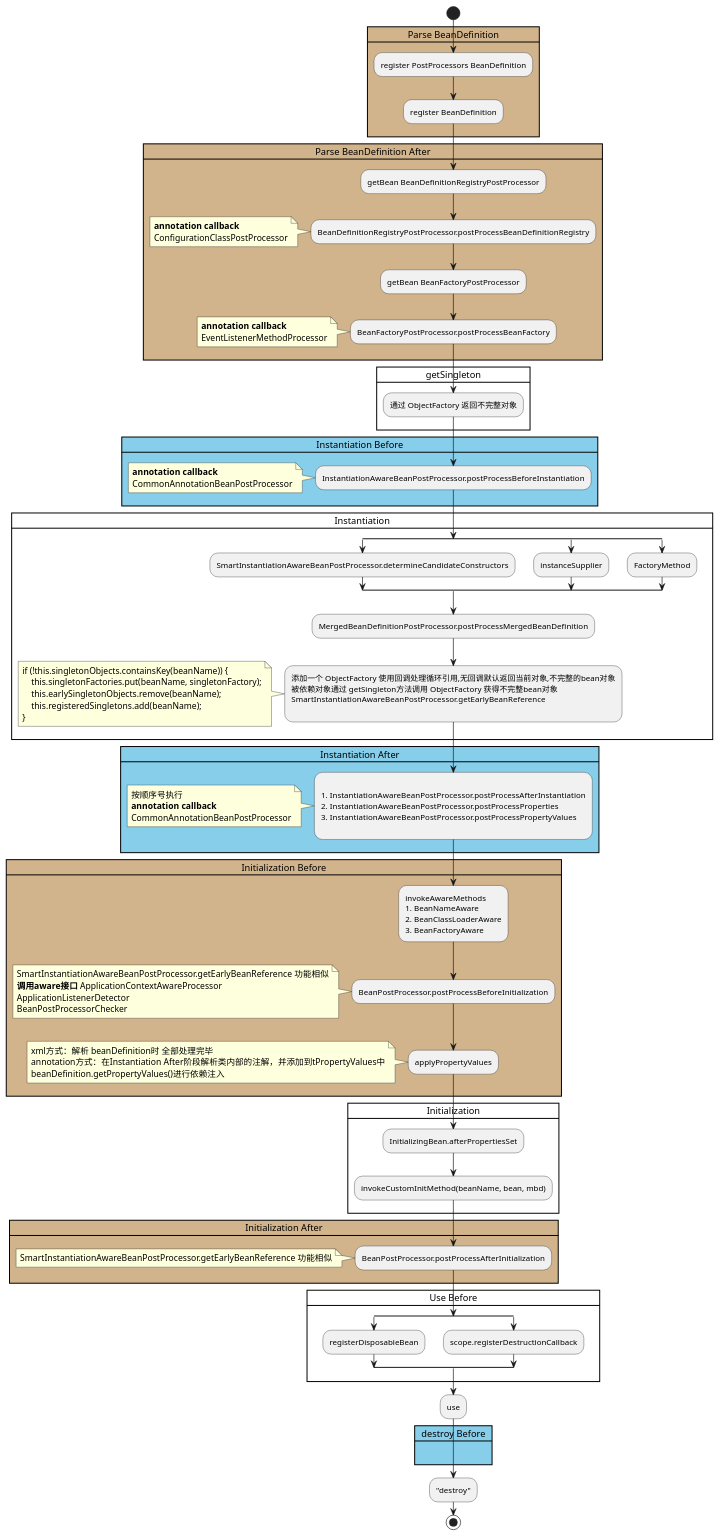
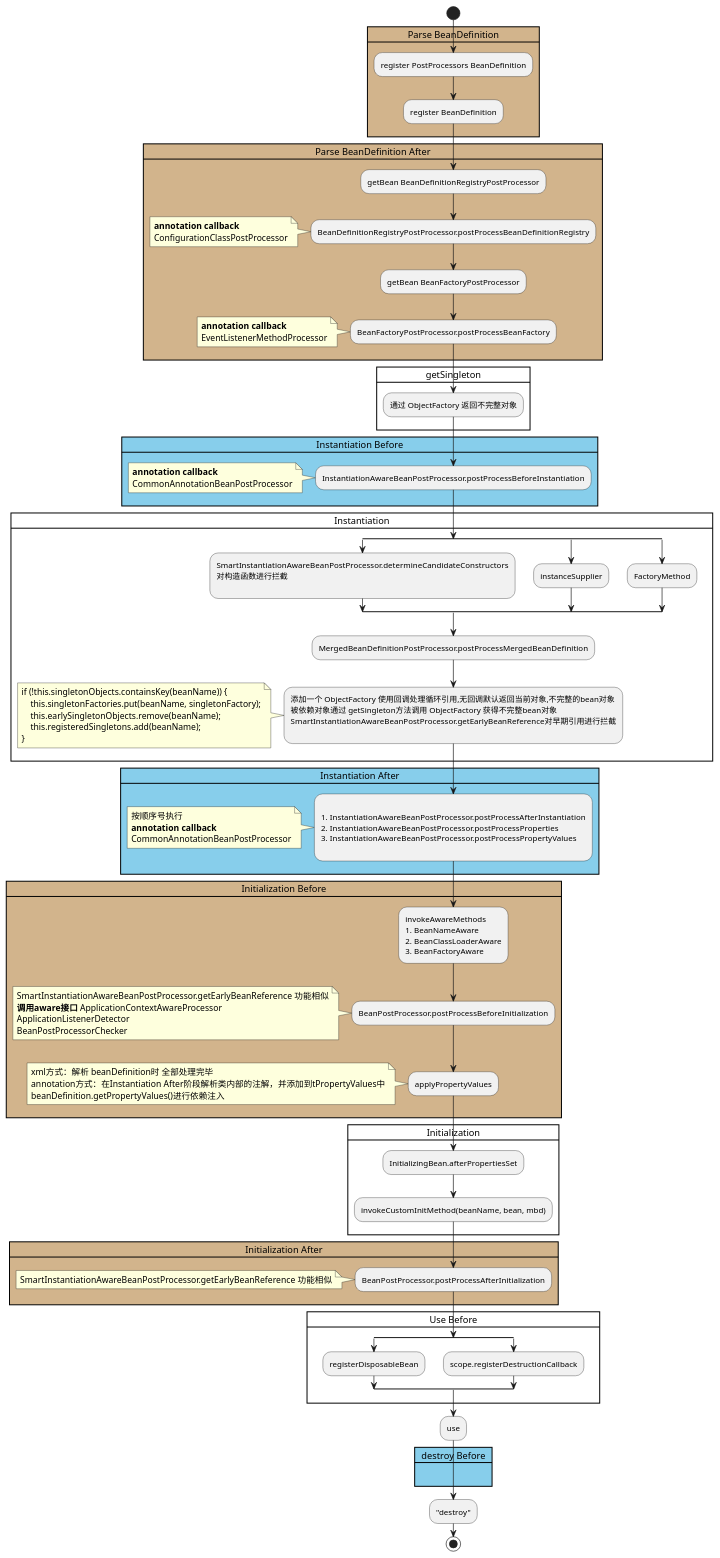
The diagram in uml/src/main/java/active/100_C.puml (FHJ2020/spring-uml), drawn with PlantUML before and after one commit. The commit also changed 1 other file, not shown here.

```diff
--- a/uml/src/main/java/active/100_C.puml
+++ b/uml/src/main/java/active/100_C.puml
@@ -1,123 +1,125 @@
 @startuml
 'https://plantuml.com/activity-diagram-beta
 
 start
 card "Parse BeanDefinition" #tan{
     :register PostProcessors BeanDefinition;
     :register BeanDefinition;
 }
 
 card "Parse BeanDefinition After" #tan{
     :getBean BeanDefinitionRegistryPostProcessor;
     :BeanDefinitionRegistryPostProcessor.postProcessBeanDefinitionRegistry;
     note
     **annotation callback**
     ConfigurationClassPostProcessor
     end note
     :getBean BeanFactoryPostProcessor;
     :BeanFactoryPostProcessor.postProcessBeanFactory;
     note
     **annotation callback**
     EventListenerMethodProcessor
     end note
 }
 card "getSingleton" {
     :通过 ObjectFactory 返回不完整对象;
 }
 
 card "Instantiation Before" #skyblue    {
     :InstantiationAwareBeanPostProcessor.postProcessBeforeInstantiation;
     note
     **annotation callback**
     CommonAnnotationBeanPostProcessor
     end note
 
 }
 
 card "Instantiation"{
 split
-    :SmartInstantiationAwareBeanPostProcessor.determineCandidateConstructors;
+    :SmartInstantiationAwareBeanPostProcessor.determineCandidateConstructors
+    对构造函数进行拦截
+    ;
 split again
     :instanceSupplier;
 split again
     :FactoryMethod;
 
 endsplit
     :MergedBeanDefinitionPostProcessor.postProcessMergedBeanDefinition;
     :添加一个 ObjectFactory 使用回调处理循环引用,无回调默认返回当前对象,不完整的bean对象
     被依赖对象通过 getSingleton方法调用 ObjectFactory 获得不完整bean对象
-    SmartInstantiationAwareBeanPostProcessor.getEarlyBeanReference
+    SmartInstantiationAwareBeanPostProcessor.getEarlyBeanReference对早期引用进行拦截
     ;
     note
     if (!this.singletonObjects.containsKey(beanName)) {
         this.singletonFactories.put(beanName, singletonFactory);
         this.earlySingletonObjects.remove(beanName);
         this.registeredSingletons.add(beanName);
     }
     end note
 }
 
 card "Instantiation After" #skyblue {
     :
     #InstantiationAwareBeanPostProcessor.postProcessAfterInstantiation
     #InstantiationAwareBeanPostProcessor.postProcessProperties
     #InstantiationAwareBeanPostProcessor.postProcessPropertyValues
     ;
     note
     按顺序号执行
     **annotation callback**
     CommonAnnotationBeanPostProcessor
     end note
 }
 
 
 card "Initialization Before" #tan {
     :invokeAwareMethods
     #BeanNameAware
     #BeanClassLoaderAware
     #BeanFactoryAware;
     :BeanPostProcessor.postProcessBeforeInitialization;
     note
         SmartInstantiationAwareBeanPostProcessor.getEarlyBeanReference 功能相似
         **调用aware接口** ApplicationContextAwareProcessor
         ApplicationListenerDetector
         BeanPostProcessorChecker
     end note
     :applyPropertyValues;
     note
     xml方式：解析 beanDefinition时 全部处理完毕
     annotation方式：在Instantiation After阶段解析类内部的注解，并添加到tPropertyValues中
     beanDefinition.getPropertyValues()进行依赖注入
     end note
 
 }
 
 card "Initialization" {
     :InitializingBean.afterPropertiesSet;
     :invokeCustomInitMethod(beanName, bean, mbd);
 
 }
 
 card "Initialization After" #tan {
     :BeanPostProcessor.postProcessAfterInitialization;
     note
         SmartInstantiationAwareBeanPostProcessor.getEarlyBeanReference 功能相似
     end note
 }
 card "Use Before"{
 split
     :registerDisposableBean;
 split again
     :scope.registerDestructionCallback;
 endsplit
 
 }
 :use;
 
 card "destroy Before" #skyblue {
 
 }
 :"destroy";
 stop
 
 @enduml
```
